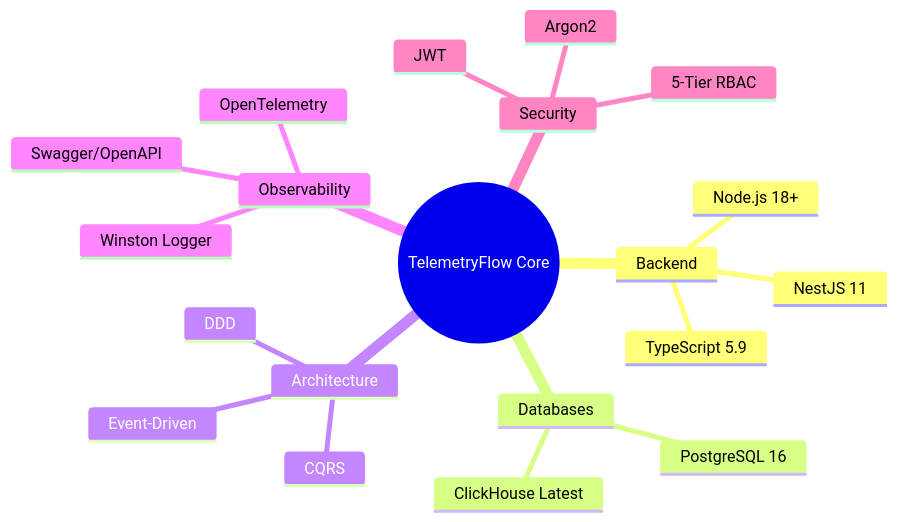
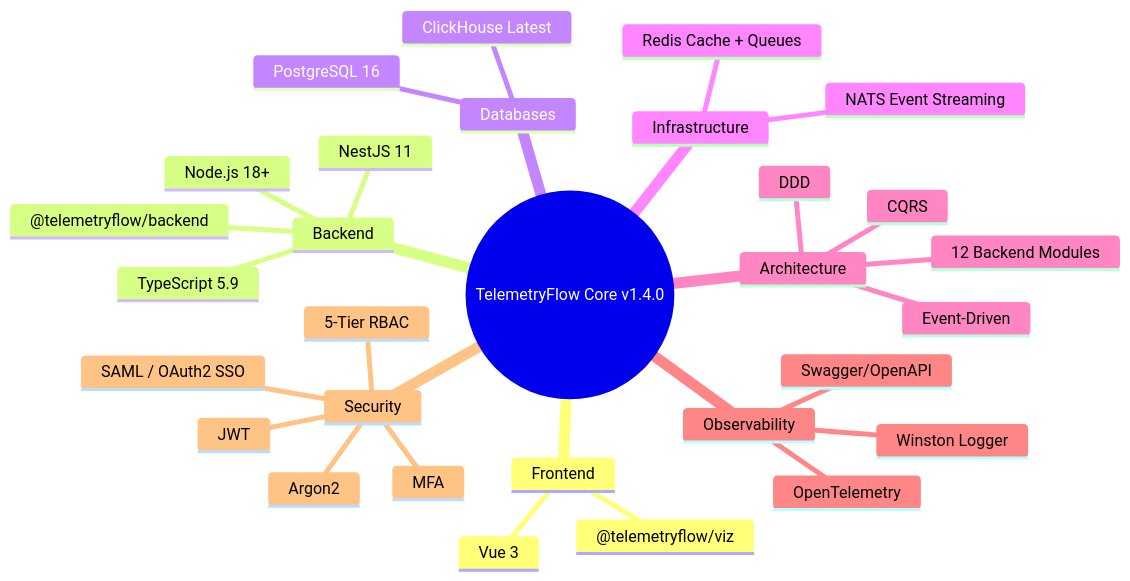
Before and after one commit to telemetryflow/telemetryflow-core: diagram 30 of 30 in docs/CORE_MODULES.md, drawn with Mermaid. The commit also changed other lines of this file and 2428 other files, not shown here.

````diff
--- a/docs/CORE_MODULES.md
+++ b/docs/CORE_MODULES.md
@@ -885,23 +1151,33 @@
 ```mermaid
 mindmap
-  root((TelemetryFlow Core))
+  root((TelemetryFlow Core v1.4.0))
+    Frontend
+      Vue 3
+      @telemetryflow/viz
     Backend
       NestJS 11
       TypeScript 5.9
       Node.js 18+
+      @telemetryflow/backend
     Databases
       PostgreSQL 16
       ClickHouse Latest
+    Infrastructure
+      Redis Cache + Queues
+      NATS Event Streaming
     Architecture
       DDD
       CQRS
       Event-Driven
+      12 Backend Modules
     Observability
       OpenTelemetry
       Winston Logger
       Swagger/OpenAPI
     Security
       JWT
+      MFA
+      SAML / OAuth2 SSO
       Argon2
       5-Tier RBAC
 ```
````
